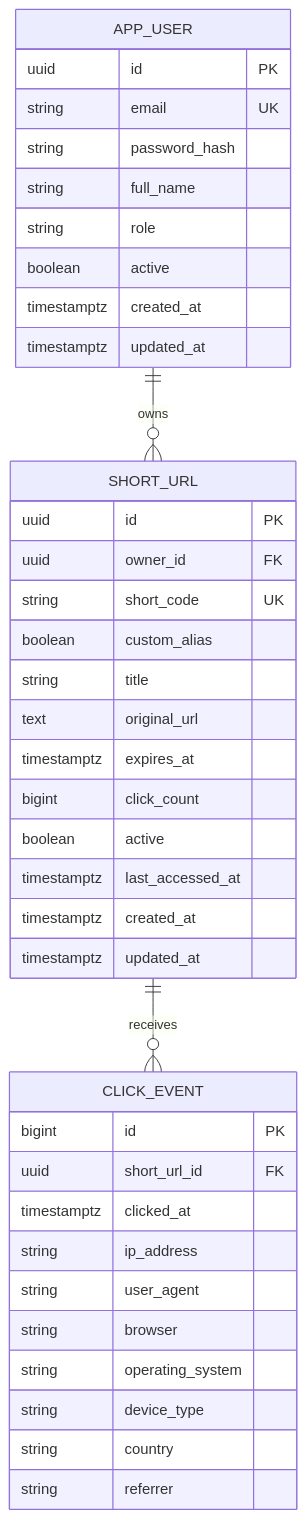
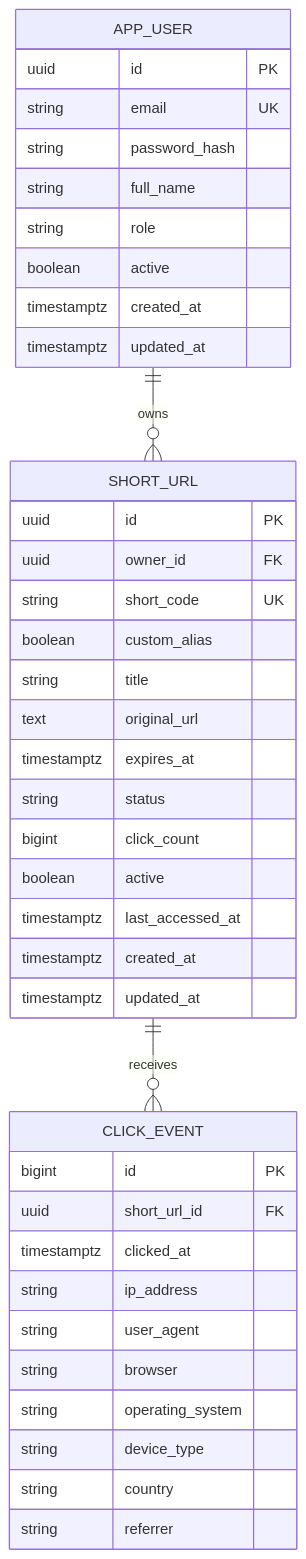
Before and after one commit to sawantyash07/Distributed-URL-Shortening-Analytics-Platform: the third of 3 diagrams in README.md, drawn with Mermaid. The commit also changed other lines of this file and 31 other files, not shown here.

````diff
--- a/README.md
+++ b/README.md
@@ -130,44 +125,45 @@
 ```mermaid
 erDiagram
     APP_USER ||--o{ SHORT_URL : owns
     SHORT_URL ||--o{ CLICK_EVENT : receives
 
     APP_USER {
         uuid id PK
         string email UK
         string password_hash
         string full_name
         string role
         boolean active
         timestamptz created_at
         timestamptz updated_at
     }
 
     SHORT_URL {
         uuid id PK
         uuid owner_id FK
         string short_code UK
         boolean custom_alias
         string title
         text original_url
         timestamptz expires_at
+        string status
         bigint click_count
         boolean active
         timestamptz last_accessed_at
         timestamptz created_at
         timestamptz updated_at
     }
 
     CLICK_EVENT {
         bigint id PK
         uuid short_url_id FK
         timestamptz clicked_at
         string ip_address
         string user_agent
         string browser
         string operating_system
         string device_type
         string country
         string referrer
     }
 ```
````
